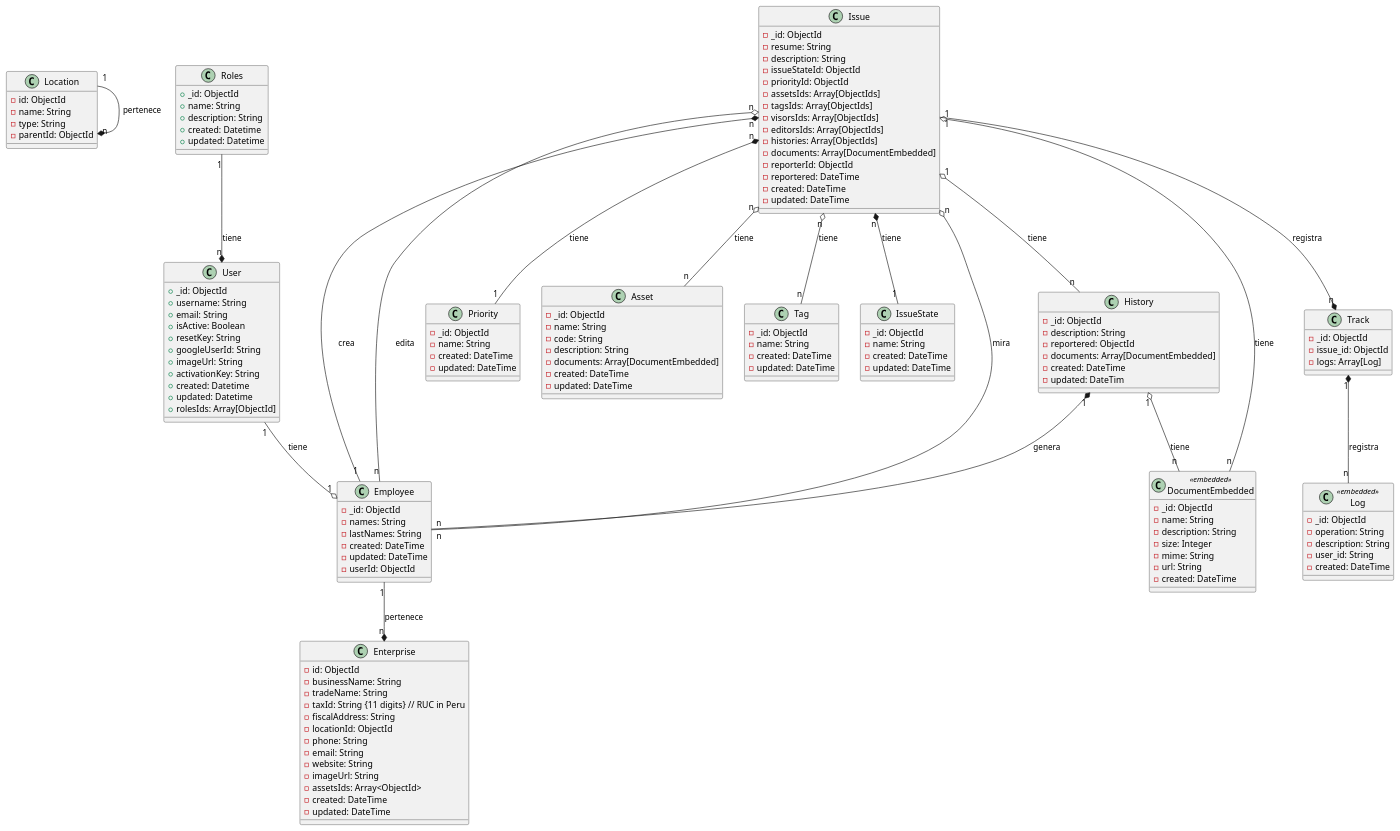
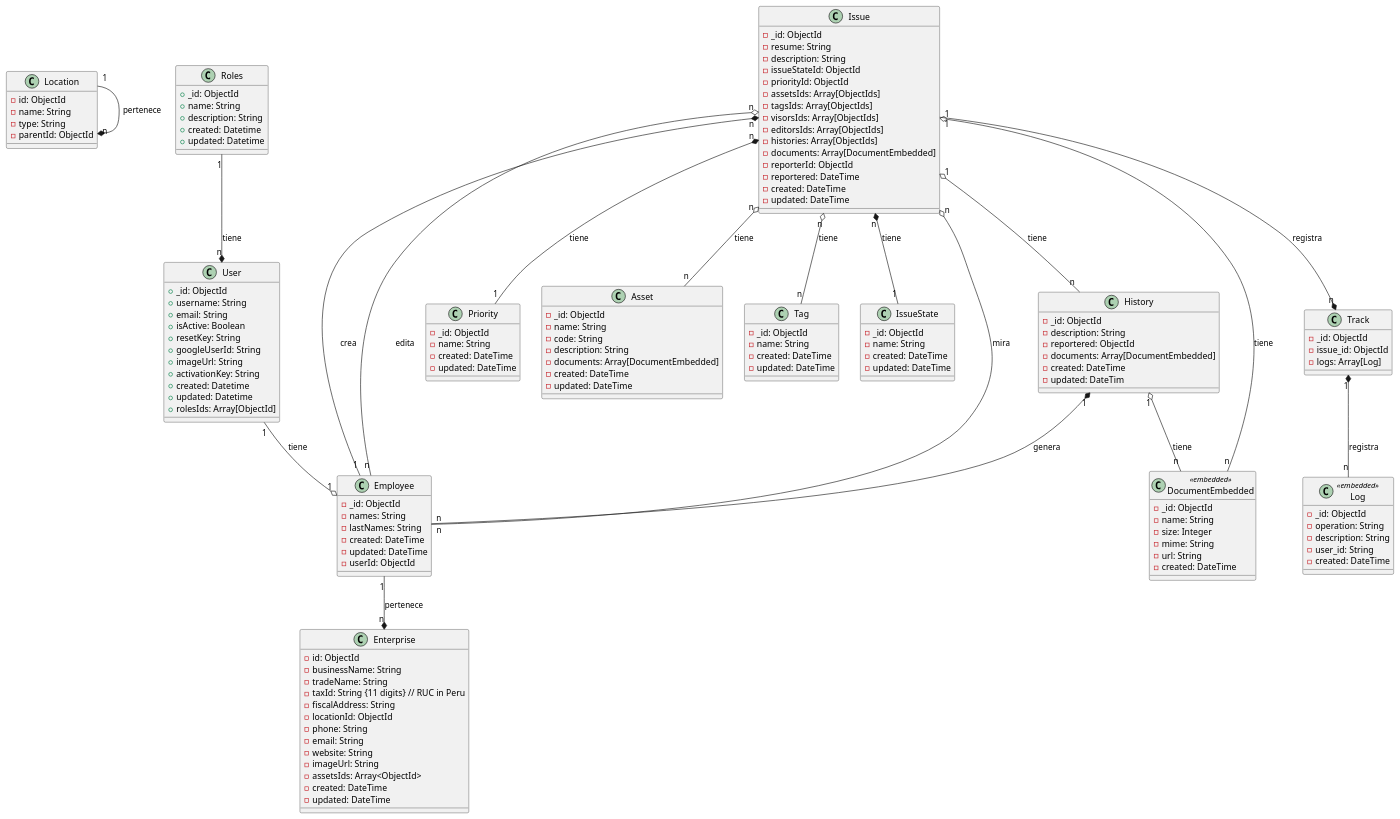
Before and after one commit to pepeul1191/django-mongodb-tickets: the diagram in docs/class diagram.puml, drawn with PlantUML. The commit also changed 8 other files, not shown here.

```diff
--- a/docs/class diagram.puml
+++ b/docs/class diagram.puml
@@ -1,160 +1,159 @@
 @startuml
 
 
 class Location {
   - id: ObjectId
   - name: String
   - type: String
   - parentId: ObjectId
 }
 
 Location "1" --* "n" Location : pertenece
 
 class Enterprise {
   - id: ObjectId
   - businessName: String
   - tradeName: String
   - taxId: String {11 digits} // RUC in Peru
   - fiscalAddress: String
   - locationId: ObjectId
   - phone: String
   - email: String
   - website: String
   - imageUrl: String
   - assetsIds: Array<ObjectId>
   - created: DateTime
   - updated: DateTime
 }
 
 class Employee {
   - _id: ObjectId
   - names: String
   - lastNames: String
   - created: DateTime
   - updated: DateTime
   - userId: ObjectId
 }
 
 Employee "1" --* "n" Enterprise : pertenece
 
 class Priority {
   - _id: ObjectId
   - name: String
   - created: DateTime
   - updated: DateTime
 }
 
 class Asset {
   - _id: ObjectId
   - name: String
   - code: String
   - description: String
   - documents: Array[DocumentEmbedded]
   - created: DateTime
   - updated: DateTime
 }
 
 class Tag{
   - _id: ObjectId
   - name: String
   - created: DateTime
   - updated: DateTime
 }
 
 class IssueState {
   - _id: ObjectId
   - name: String
   - created: DateTime
   - updated: DateTime
 }
 
 class Issue {
   - _id: ObjectId
   - resume: String
   - description: String
   - issueStateId: ObjectId
   - priorityId: ObjectId
   - assetsIds: Array[ObjectIds]
   - tagsIds: Array[ObjectIds]
   - visorsIds: Array[ObjectIds]
   - editorsIds: Array[ObjectIds]
   - histories: Array[ObjectIds]
   - documents: Array[DocumentEmbedded]
   - reporterId: ObjectId
   - reportered: DateTime
   - created: DateTime
   - updated: DateTime
 }
 
 class History {
   - _id: ObjectId
   - description: String
   - reportered: ObjectId
   - documents: Array[DocumentEmbedded]
   - created: DateTime
   - updated: DateTim
 }
 
 class DocumentEmbedded <<embedded>>{
   - _id: ObjectId
   - name: String
-  - description: String
   - size: Integer
   - mime: String
   - url: String
   - created: DateTime
 }
 
 class Track {
   - _id: ObjectId
   - issue_id: ObjectId
   - logs: Array[Log]
 }
 
 class Log <<embedded>>{
   - _id: ObjectId
   - operation: String
   - description: String
   - user_id: String
   - created: DateTime
 }
 
 class User {
   + _id: ObjectId
   + username: String
   + email: String
   + isActive: Boolean
   + resetKey: String
   + googleUserId: String
   + imageUrl: String
   + activationKey: String
   + created: Datetime
   + updated: Datetime
   + rolesIds: Array[ObjectId]
 }
 
 class Roles {
   + _id: ObjectId
   + name: String
   + description: String
   + created: Datetime
   + updated: Datetime
 }
 
 Issue "n" *-- "1" Employee : crea
 Issue "n" o-- "n" Employee : mira
 Issue "n" o-- "n" Employee : edita
 Issue "n" *-- "1" IssueState : tiene
 Issue "n" *-- "1" Priority : tiene
 Issue "n" o-- "n" Asset : tiene
 Issue "n" o-- "n" Tag : tiene
 Issue "1" o-- "n" History : tiene
 Issue "1" o-- "n" DocumentEmbedded : tiene
 History "1" o-- "n" DocumentEmbedded : tiene
 History "1" *-- "n" Employee : genera
 Track "1" *-- "n" Log : registra
 Issue "1" --* "n" Track : registra
 Roles "1" --* "n" User : tiene
 User "1" --o "1" Employee : tiene
 
 @enduml
```
